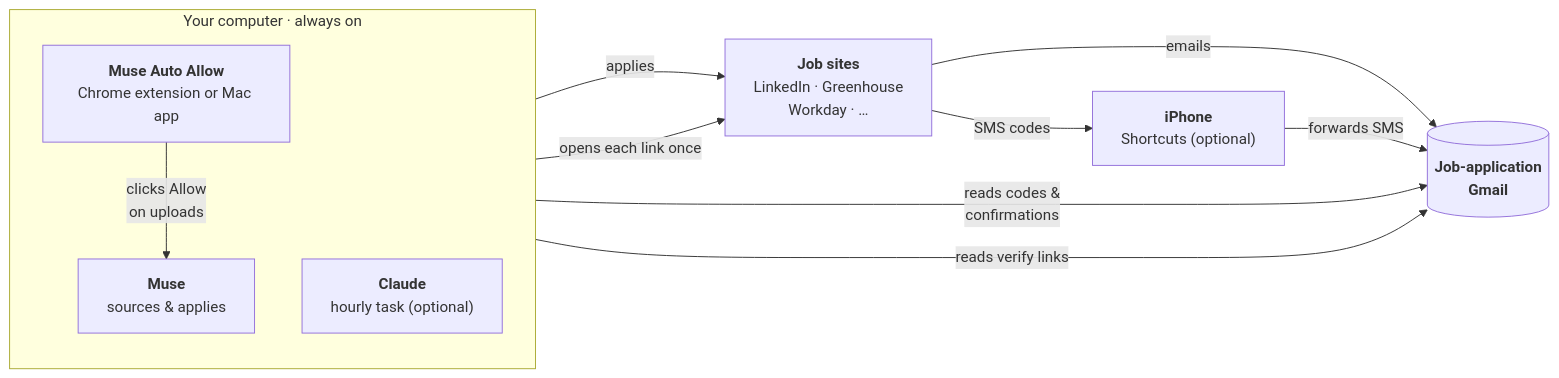
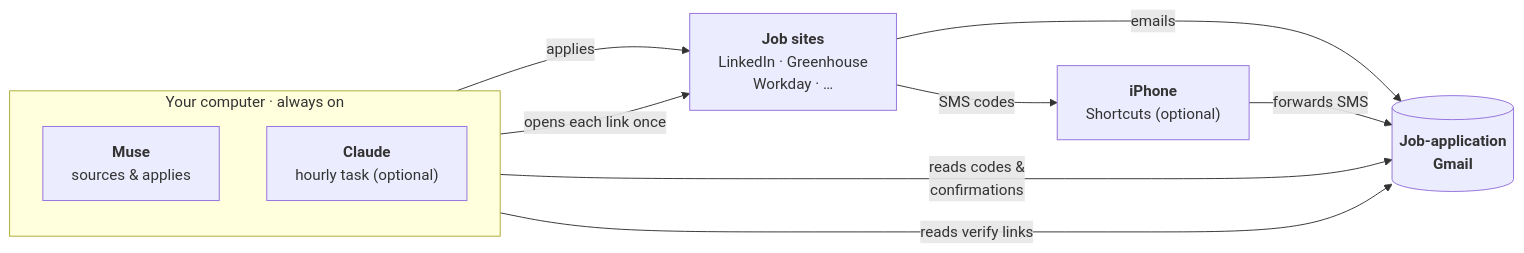
One commit to Dark417/muse-auto-job-apply changed the diagram in README.en.md. Above: the diagram before and after it, drawn with Mermaid. The commit also changed other lines of this file and 2 other files, not shown here.

Commit message:
Merge latest application strategies into muse-prompt.md; rewrite READMEs as general guide with exact setup

````diff
--- a/README.en.md
+++ b/README.en.md
@@ -189,22 +147,20 @@
 ```mermaid
 flowchart LR
     subgraph MAC["Your computer · always on"]
         direction TB
-        Allow["<b>Muse Auto Allow</b><br/>Chrome extension or Mac app"]
         Muse["<b>Muse</b><br/>sources &amp; applies"]
         Claude["<b>Claude</b><br/>hourly task (optional)"]
-        Allow -- "clicks Allow<br/>on uploads" --> Muse
     end
 
     Jobs["<b>Job sites</b><br/>LinkedIn · Greenhouse<br/>Workday · …"]
     Phone["<b>iPhone</b><br/>Shortcuts (optional)"]
     Gmail[("<b>Job-application<br/>Gmail</b>")]
 
     Muse -- "applies" --> Jobs
     Muse -- "reads codes &amp;<br/>confirmations" --> Gmail
     Claude -- "reads verify links" --> Gmail
     Claude -- "opens each link once" --> Jobs
     Jobs -- "emails" --> Gmail
     Jobs -- "SMS codes" --> Phone
     Phone -- "forwards SMS" --> Gmail
 ```
````
